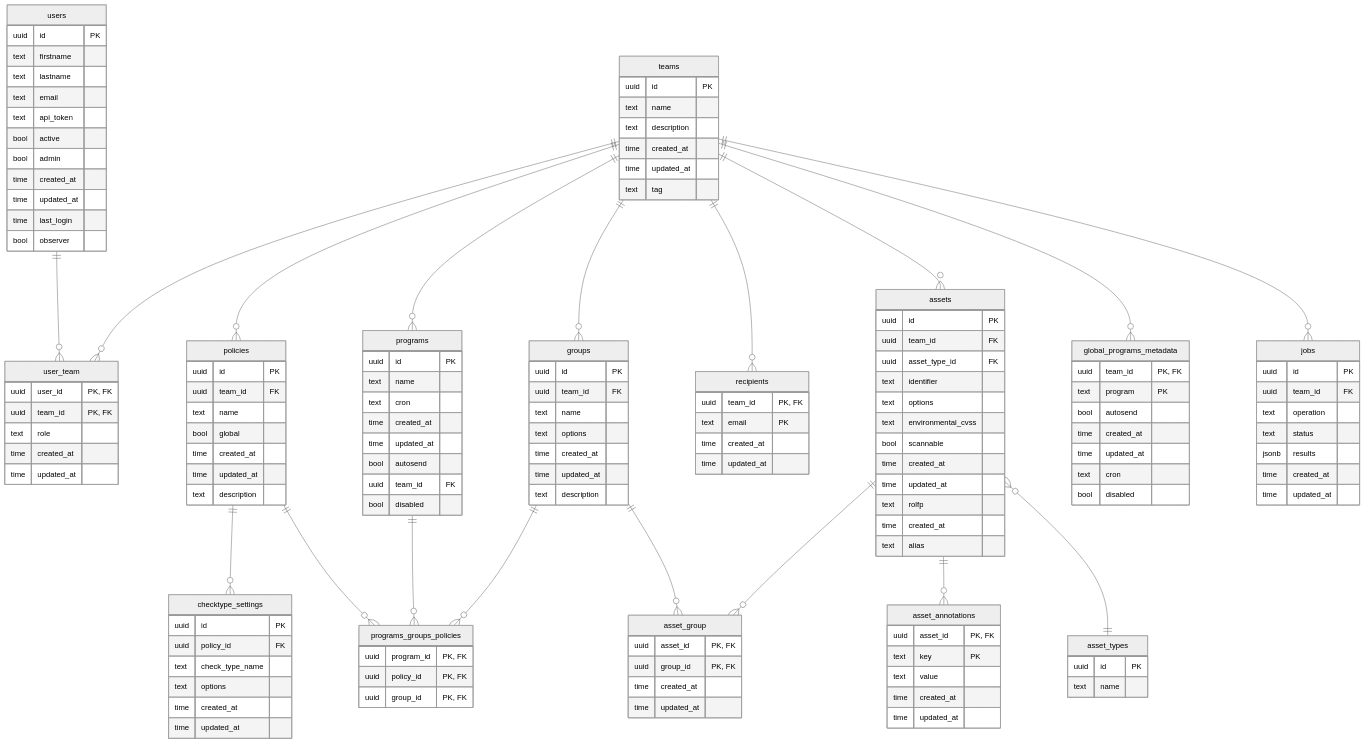
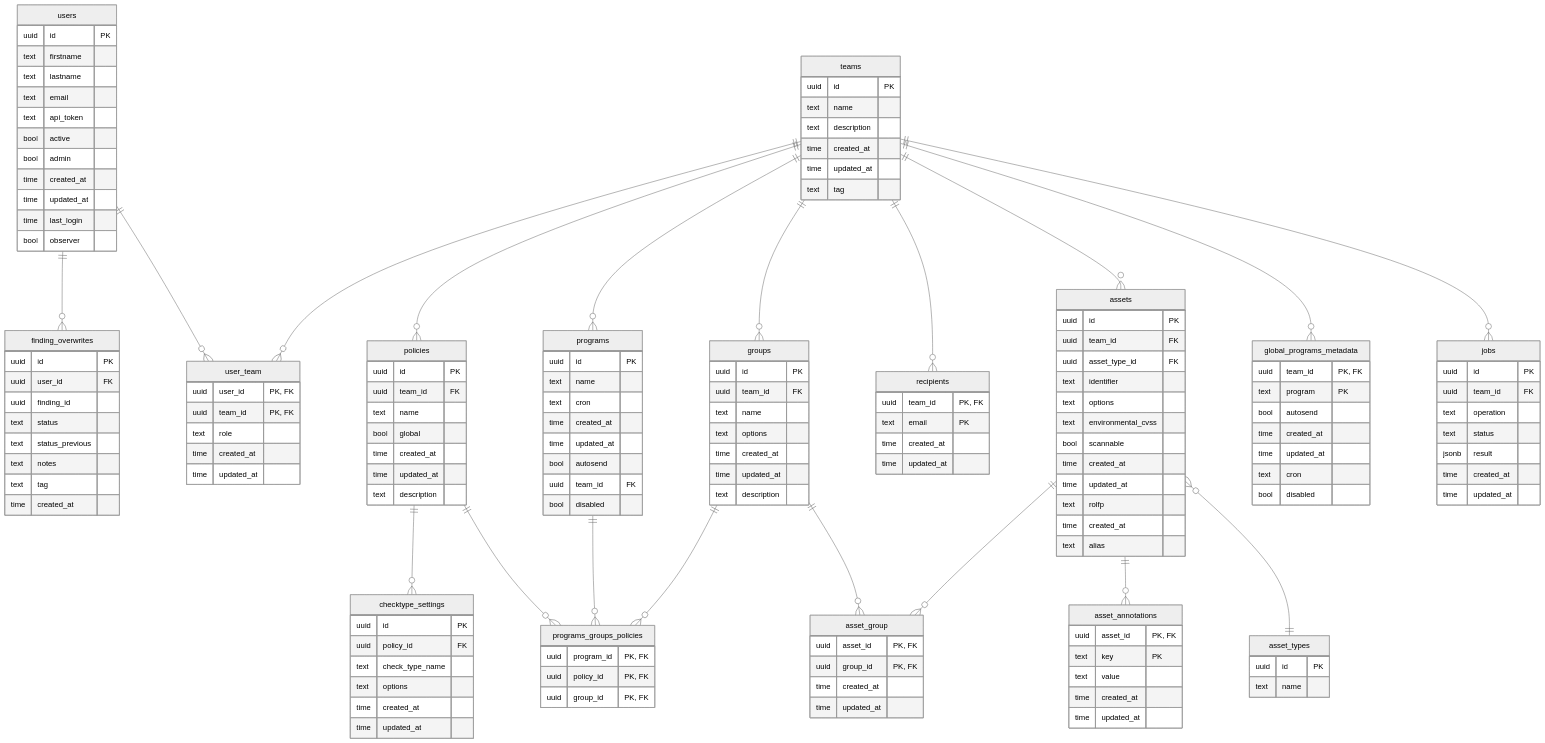
Before and after one commit to adevinta/vulcan-docs: the second of 3 diagrams in docs/data-models.md, drawn with Mermaid (neutral theme).

Commit message:
Address PR comments

```diff
--- a/docs/data-models.md
+++ b/docs/data-models.md
@@ -124,6 +124,16 @@
         time updated_at
         time last_login
         bool observer
+    }
+    finding_overwrites {
+      uuid id "PK"
+      uuid user_id "FK"
+      uuid finding_id
+      text status
+      text status_previous
+      text notes
+      text tag
+      time created_at
     }
     recipients {
         uuid team_id "PK, FK"
@@ -217,7 +227,7 @@
       uuid team_id "FK"
       text operation
       text status
-      jsonb results
+      jsonb result
       time created_at
       time updated_at
     }
@@ -229,6 +239,7 @@
     teams ||--o{ assets : ""
     teams ||--o{ global_programs_metadata : ""
     teams ||--o{ jobs : ""
+    users ||--o{ finding_overwrites : ""
     users ||--o{ user_team : ""
     assets ||--o{ asset_group : ""
     assets ||--o{ asset_annotations : ""
```
